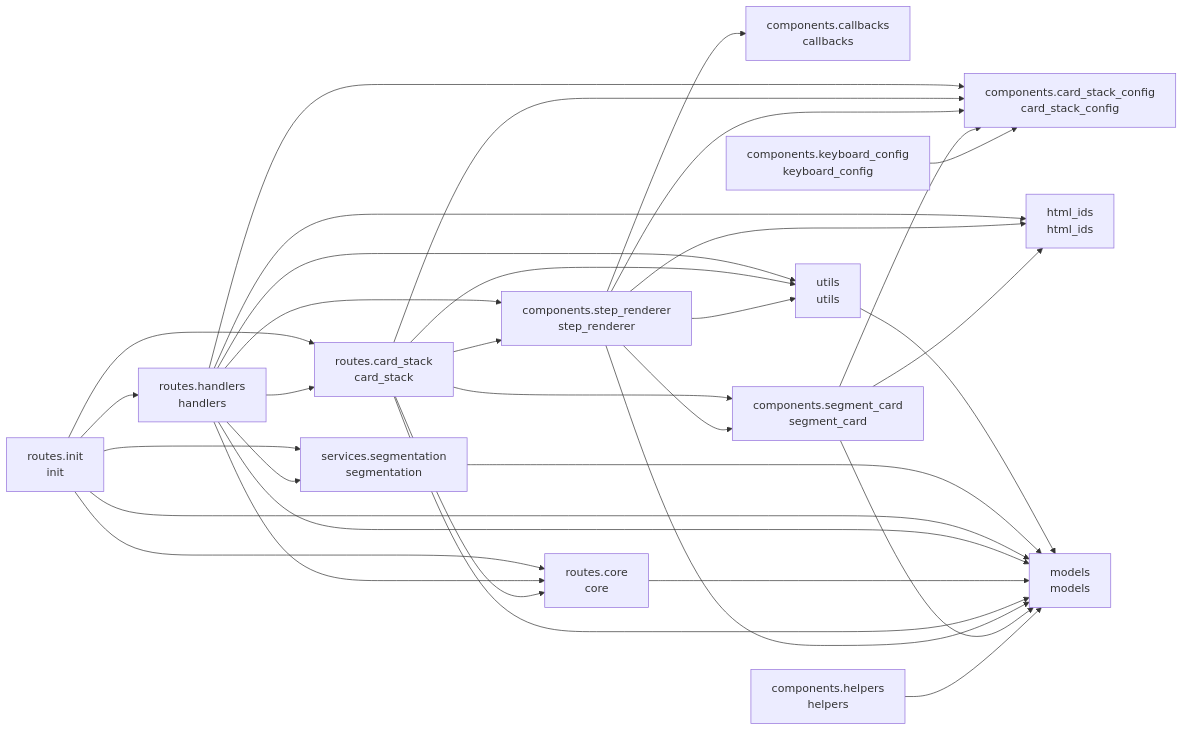
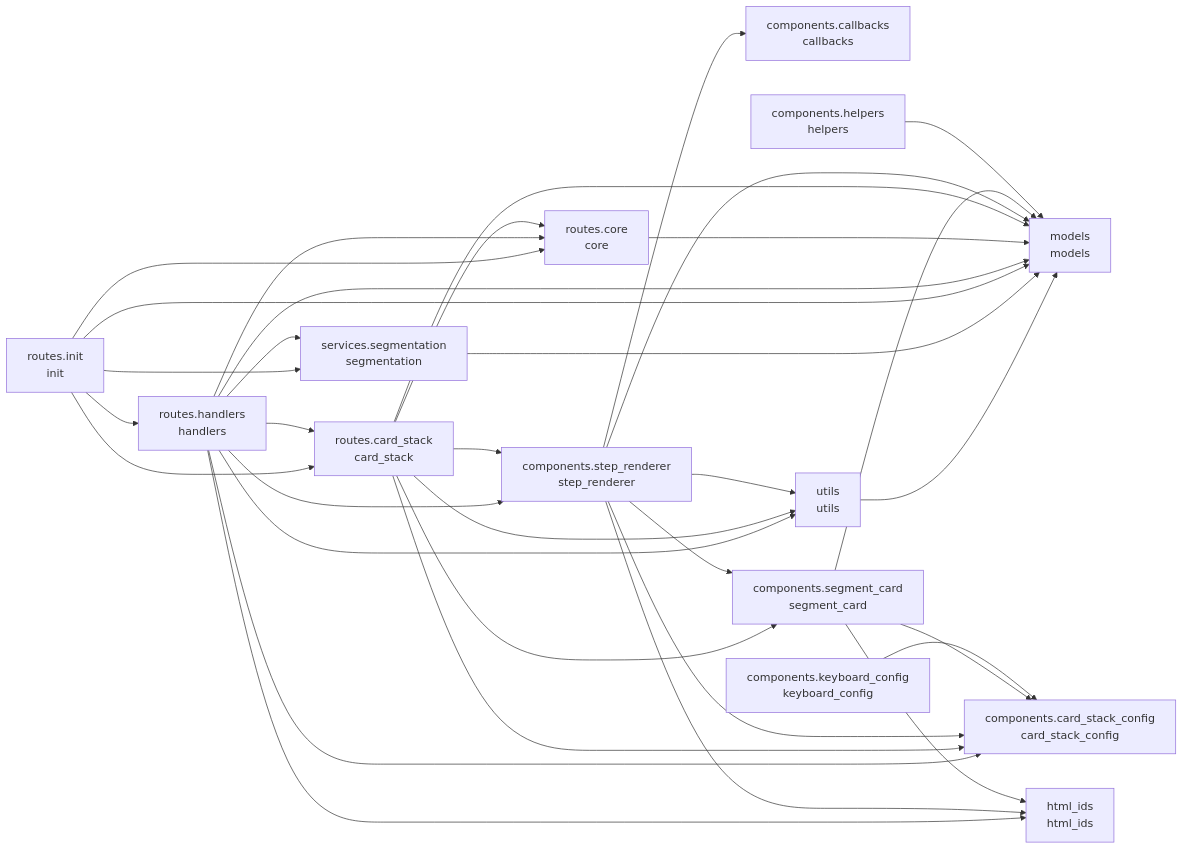
One commit to cj-mills/cjm-transcript-segmentation changed the diagram in README.md. Above: the diagram before and after it, drawn with Mermaid. The commit also changed other lines of this file and 3 other files, not shown here.

````diff
--- a/README.md
+++ b/README.md
@@ -37,51 +37,51 @@
 ``` mermaid
 graph LR
     components_callbacks[components.callbacks<br/>callbacks]
     components_card_stack_config[components.card_stack_config<br/>card_stack_config]
     components_helpers[components.helpers<br/>helpers]
     components_keyboard_config[components.keyboard_config<br/>keyboard_config]
     components_segment_card[components.segment_card<br/>segment_card]
     components_step_renderer[components.step_renderer<br/>step_renderer]
     html_ids[html_ids<br/>html_ids]
     models[models<br/>models]
     routes_card_stack[routes.card_stack<br/>card_stack]
     routes_core[routes.core<br/>core]
     routes_handlers[routes.handlers<br/>handlers]
     routes_init[routes.init<br/>init]
     services_segmentation[services.segmentation<br/>segmentation]
     utils[utils<br/>utils]
 
     components_helpers --> models
     components_keyboard_config --> components_card_stack_config
+    components_segment_card --> html_ids
     components_segment_card --> components_card_stack_config
-    components_segment_card --> html_ids
     components_segment_card --> models
-    components_step_renderer --> components_segment_card
     components_step_renderer --> components_card_stack_config
     components_step_renderer --> html_ids
+    components_step_renderer --> components_segment_card
     components_step_renderer --> utils
+    components_step_renderer --> models
     components_step_renderer --> components_callbacks
-    components_step_renderer --> models
+    routes_card_stack --> components_card_stack_config
     routes_card_stack --> components_segment_card
+    routes_card_stack --> routes_core
+    routes_card_stack --> models
+    routes_card_stack --> utils
     routes_card_stack --> components_step_renderer
-    routes_card_stack --> routes_core
-    routes_card_stack --> components_card_stack_config
-    routes_card_stack --> utils
-    routes_card_stack --> models
     routes_core --> models
     routes_handlers --> routes_card_stack
+    routes_handlers --> services_segmentation
     routes_handlers --> components_step_renderer
-    routes_handlers --> services_segmentation
+    routes_handlers --> html_ids
     routes_handlers --> routes_core
-    routes_handlers --> html_ids
-    routes_handlers --> utils
     routes_handlers --> components_card_stack_config
     routes_handlers --> models
-    routes_init --> routes_core
+    routes_handlers --> utils
+    routes_init --> models
     routes_init --> routes_card_stack
     routes_init --> routes_handlers
+    routes_init --> routes_core
     routes_init --> services_segmentation
-    routes_init --> models
     services_segmentation --> models
     utils --> models
 ```
````
